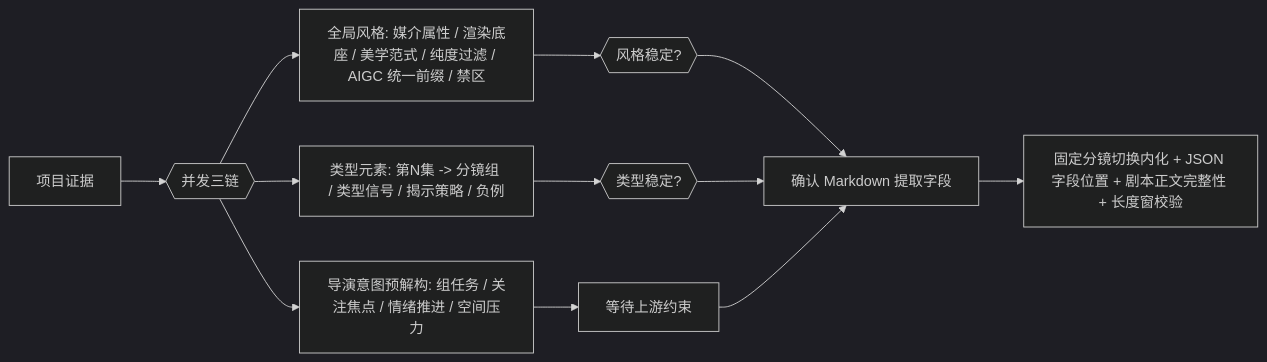
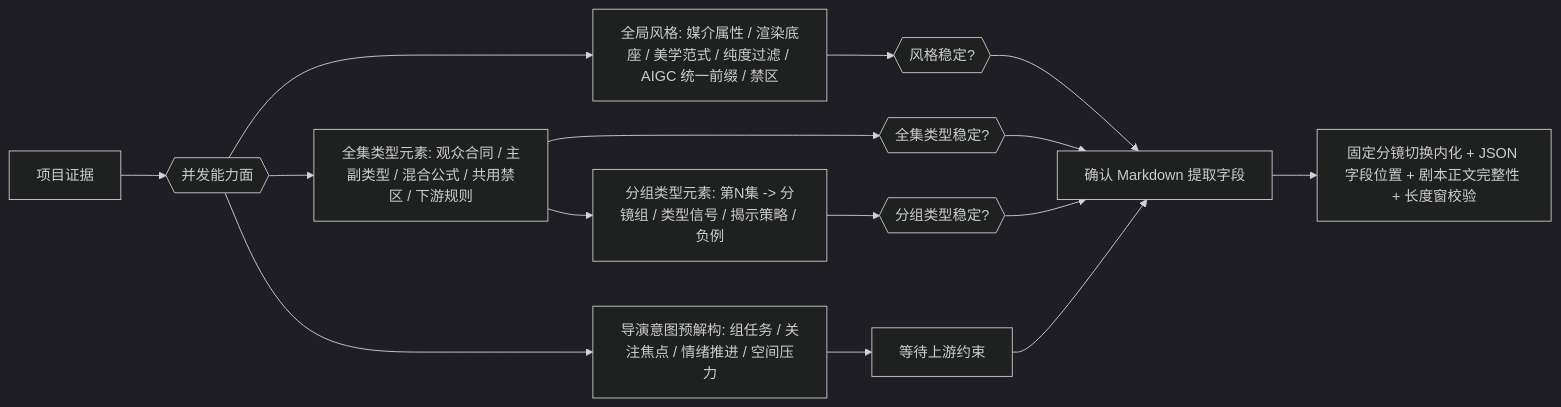
Before and after one commit to ZEN-VOID/AI-CUT: the second of 4 diagrams in .agents/skills/aigc/2-Global/SKILL.md, drawn with Mermaid (dark theme). The commit also changed other lines of this file and 261 other files, not shown here.

````diff
--- a/.agents/skills/aigc/2-Global/SKILL.md
+++ b/.agents/skills/aigc/2-Global/SKILL.md
@@ -156,14 +160,17 @@
 ```mermaid
 flowchart LR
-    A["项目证据"] --> B{{"并发三链"}}
+    A["项目证据"] --> B{{"并发能力面"}}
     B --> C["全局风格: 媒介属性 / 渲染底座 / 美学范式 / 纯度过滤 / AIGC 统一前缀 / 禁区"]
-    B --> D["类型元素: 第N集 -> 分镜组 / 类型信号 / 揭示策略 / 负例"]
-    B --> E["导演意图预解构: 组任务 / 关注焦点 / 情绪推进 / 空间压力"]
+    B --> D["全集类型元素: 观众合同 / 主副类型 / 混合公式 / 共用禁区 / 下游规则"]
+    D --> E["分组类型元素: 第N集 -> 分镜组 / 类型信号 / 揭示策略 / 负例"]
+    B --> K["导演意图预解构: 组任务 / 关注焦点 / 情绪推进 / 空间压力"]
     C --> F{{"风格稳定?"}}
-    D --> G{{"类型稳定?"}}
-    E --> H["等待上游约束"]
+    D --> G{{"全集类型稳定?"}}
+    E --> L{{"分组类型稳定?"}}
+    K --> H["等待上游约束"]
     F --> I["确认 Markdown 提取字段"]
     G --> I
+    L --> I
     H --> I
     I --> J["固定分镜切换内化 + JSON 字段位置 + 剧本正文完整性 + 长度窗校验"]
 ```
````
